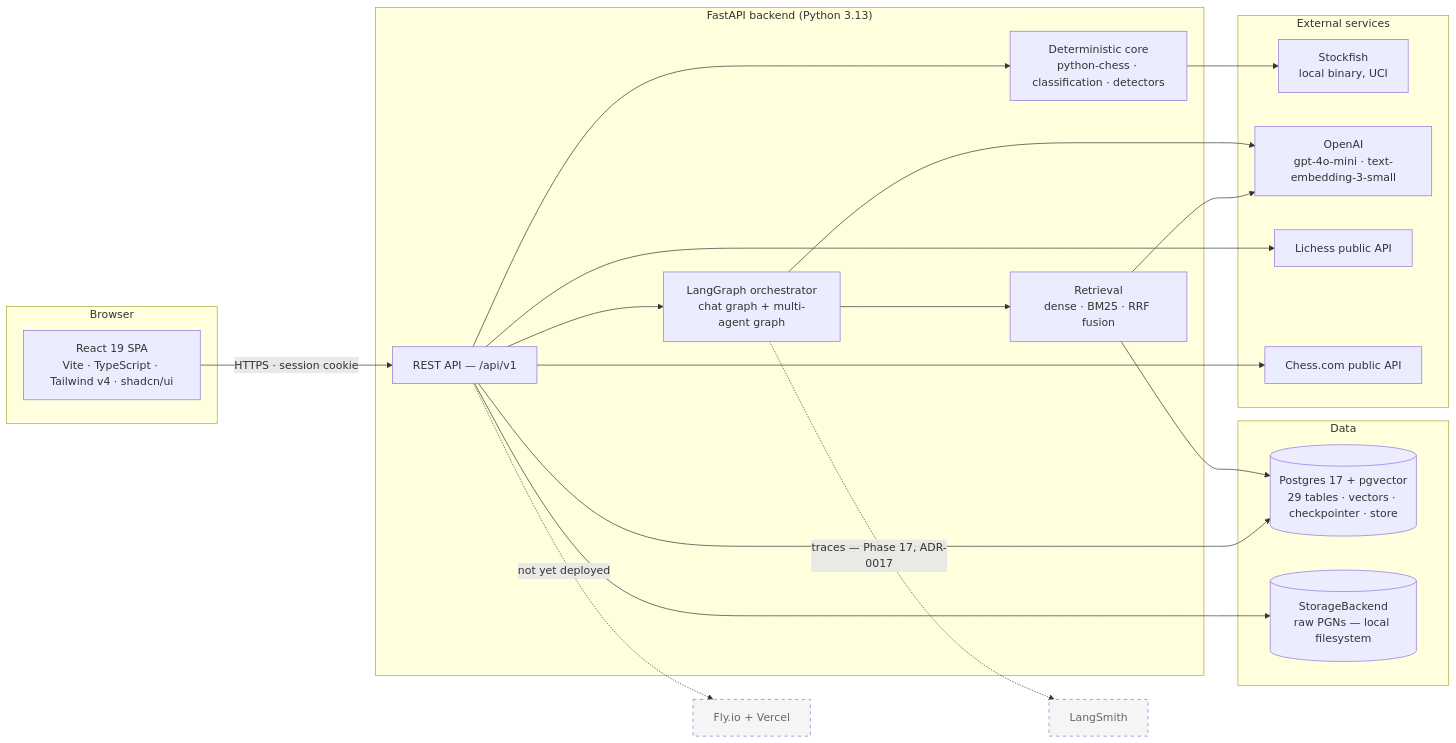
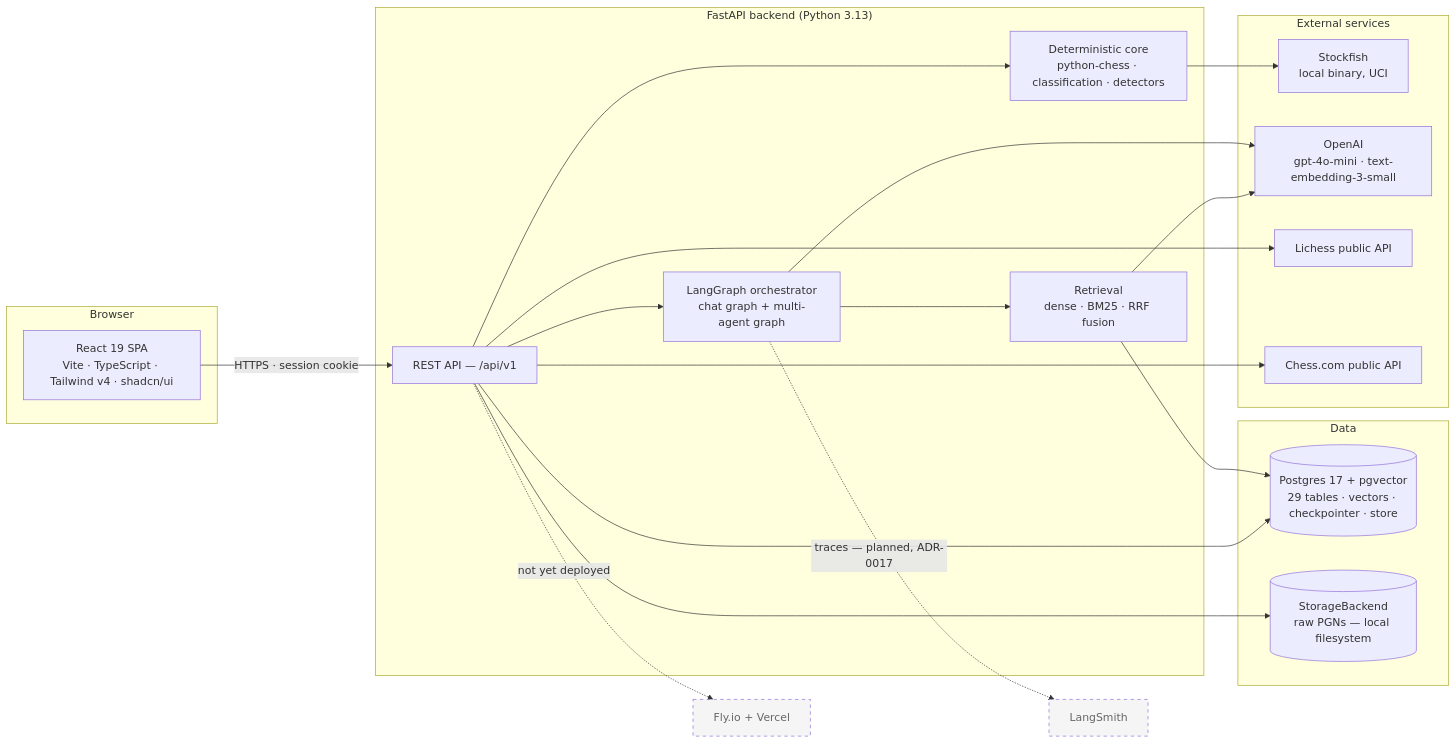
Before and after one commit to rakeshnetdev/grandmate-v2: the diagram in docs/diagrams/system-infrastructure.md, drawn with Mermaid. The commit also changed other lines of this file and 39 other files, not shown here.

````diff
--- a/docs/diagrams/system-infrastructure.md
+++ b/docs/diagrams/system-infrastructure.md
@@ -9,44 +9,44 @@
 ```mermaid
 flowchart LR
     subgraph CLIENT["Browser"]
       UI["React 19 SPA<br/>Vite · TypeScript · Tailwind v4 · shadcn/ui"]
     end
 
     subgraph BACKEND["FastAPI backend (Python 3.13)"]
       API["REST API — /api/v1"]
       DET["Deterministic core<br/>python-chess · classification · detectors"]
       ORCH["LangGraph orchestrator<br/>chat graph + multi-agent graph"]
       RAG["Retrieval<br/>dense · BM25 · RRF fusion"]
     end
 
     subgraph DATA["Data"]
       PG[("Postgres 17 + pgvector<br/>29 tables · vectors · checkpointer · store")]
       FS[("StorageBackend<br/>raw PGNs — local filesystem")]
     end
 
     subgraph EXTERNAL["External services"]
       SF["Stockfish<br/>local binary, UCI"]
       OAI["OpenAI<br/>gpt-4o-mini · text-embedding-3-small"]
       LICH["Lichess public API"]
       CCOM["Chess.com public API"]
     end
 
     UI -- "HTTPS · session cookie" --> API
     API --> DET
     API --> ORCH
     ORCH --> RAG
     DET --> SF
     ORCH --> OAI
     RAG --> OAI
     RAG --> PG
     API --> PG
     API --> FS
     API --> LICH
     API --> CCOM
 
-    ORCH -. "traces — Phase 17, ADR-0017" .-> LS["LangSmith"]
+    ORCH -. "traces — planned, ADR-0017" .-> LS["LangSmith"]
     API -. "not yet deployed" .-> HOST["Fly.io + Vercel"]
 
     classDef planned stroke-dasharray: 5 5,fill:#f5f5f5,color:#666;
     class LS,HOST planned
 ```
````
